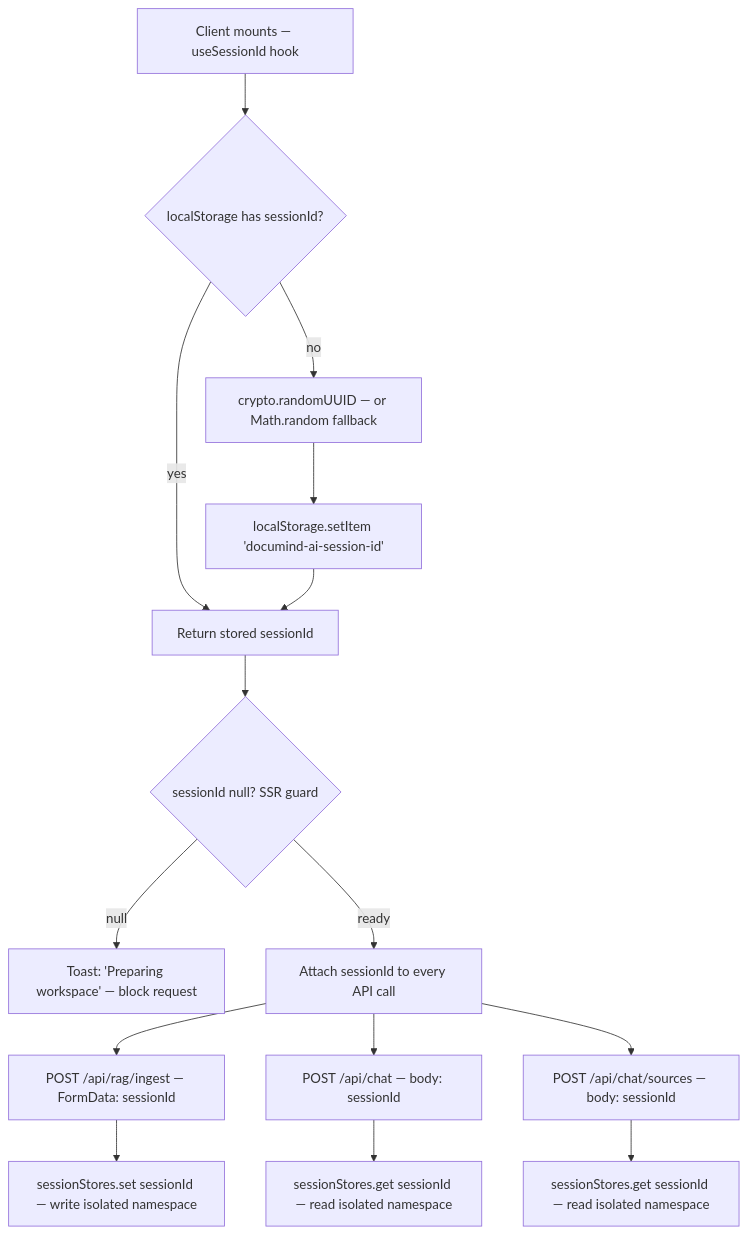
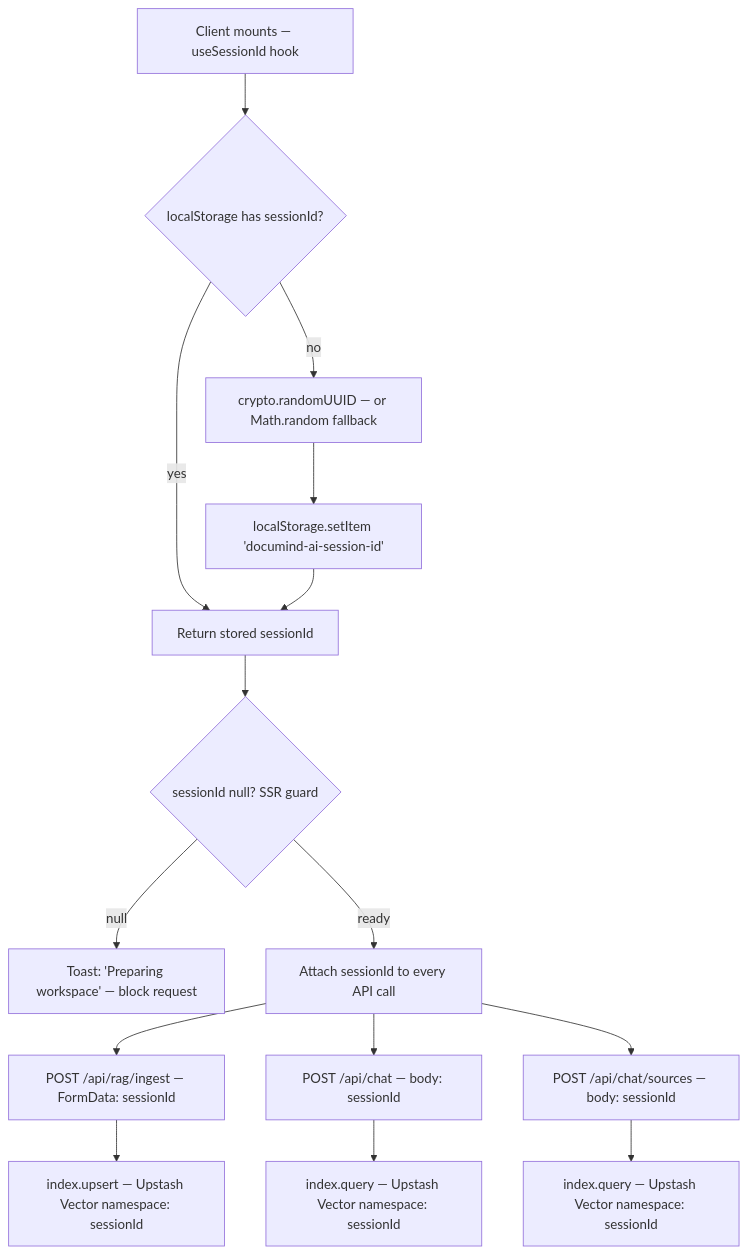
One commit to GeorgianaAI/documind-ai changed the third of 4 diagrams in docs/ARCHITECTURE_FLOWS.md. Above: the diagram before and after it, drawn with Mermaid. The commit also changed other lines of this file and 5 other files, not shown here.

First line of the commit message:
docs: update all hardening docs — CLAUDE.md, README, arch flows, roadmap, advisory

````diff
--- a/docs/ARCHITECTURE_FLOWS.md
+++ b/docs/ARCHITECTURE_FLOWS.md
@@ -198,21 +209,21 @@
 ```mermaid
 flowchart TD
   A[Client mounts — useSessionId hook] --> B{localStorage has sessionId?}
   B -- yes --> C[Return stored sessionId]
   B -- no --> D[crypto.randomUUID — or Math.random fallback]
   D --> E[localStorage.setItem 'documind-ai-session-id']
   E --> C
 
   C --> F{sessionId null? SSR guard}
   F -- null --> G[Toast: 'Preparing workspace' — block request]
   F -- ready --> H[Attach sessionId to every API call]
 
   H --> I[POST /api/rag/ingest — FormData: sessionId]
-  I --> J[sessionStores.set sessionId — write isolated namespace]
+  I --> J[index.upsert — Upstash Vector namespace: sessionId]
 
   H --> K[POST /api/chat — body: sessionId]
-  K --> L[sessionStores.get sessionId — read isolated namespace]
+  K --> L[index.query — Upstash Vector namespace: sessionId]
 
   H --> M[POST /api/chat/sources — body: sessionId]
-  M --> N[sessionStores.get sessionId — read isolated namespace]
+  M --> N[index.query — Upstash Vector namespace: sessionId]
 ```
````
